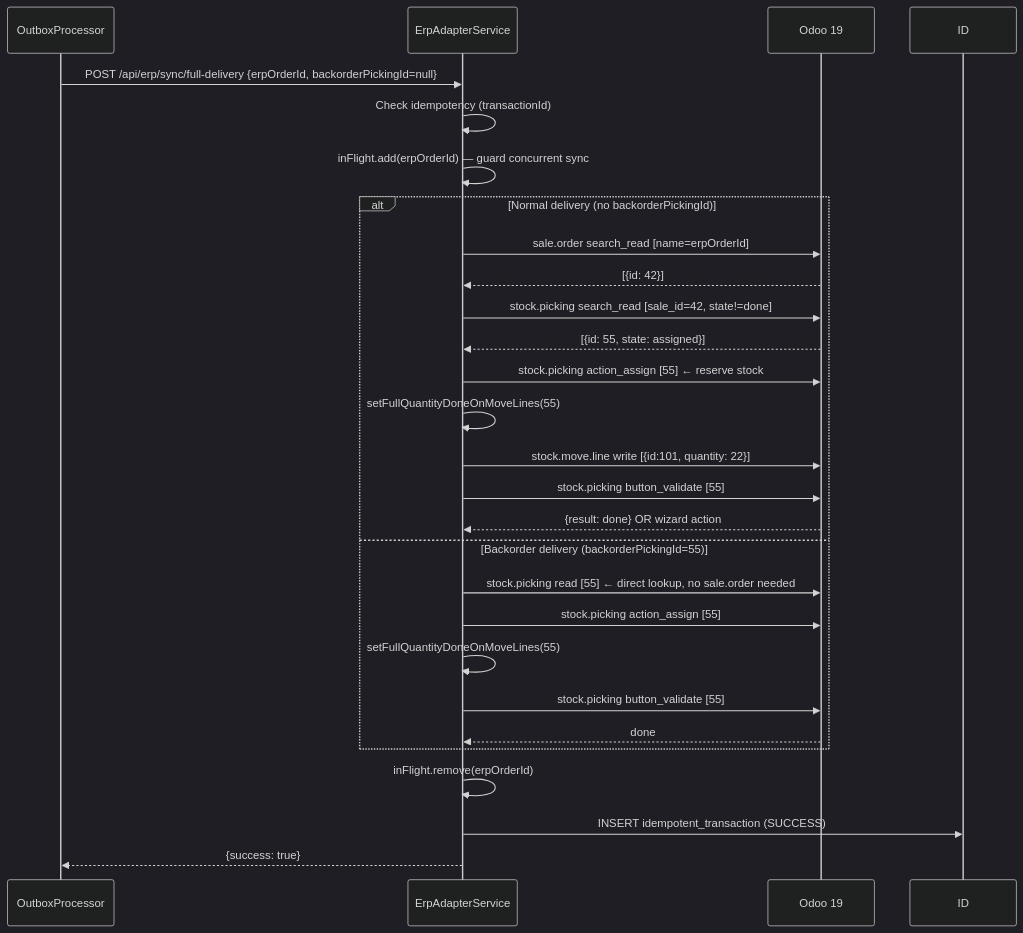
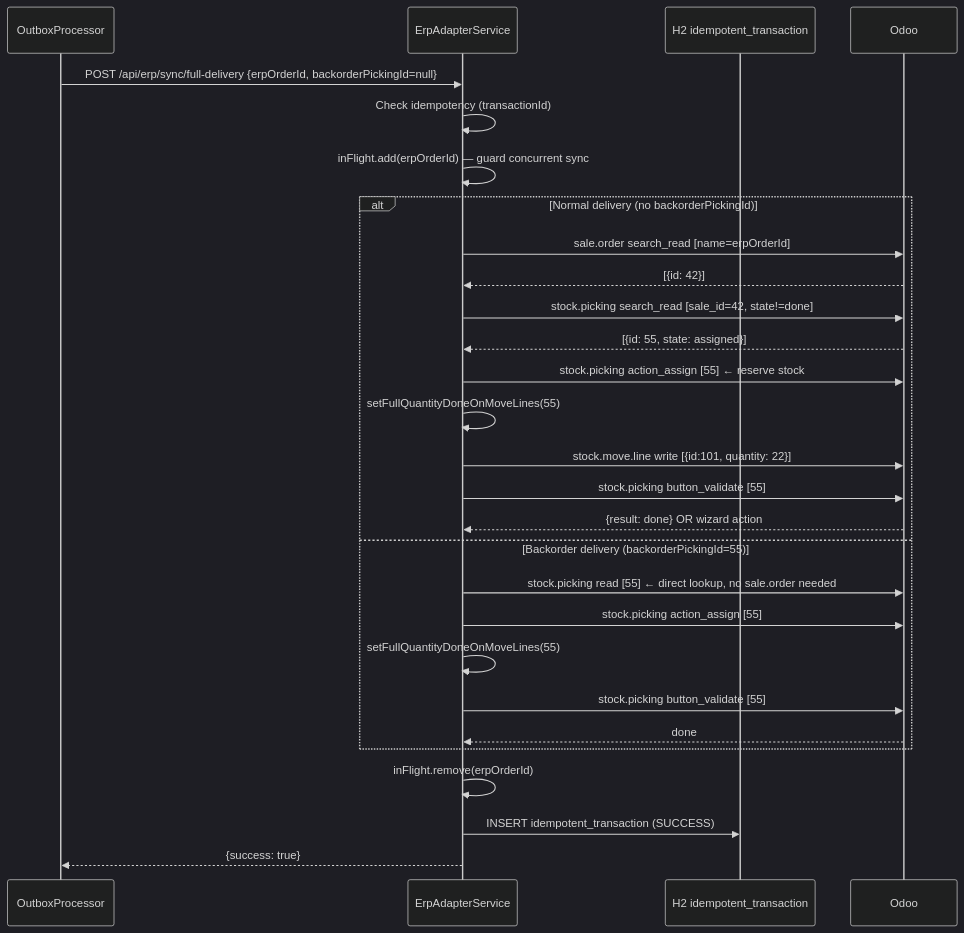
Before and after one commit to Moaziz667/asm-track: the second of 4 diagrams in docs/05-distributed-patterns.md, drawn with Mermaid (dark theme). The commit also changed other lines of this file and 27 other files, not shown here.

````diff
--- a/docs/05-distributed-patterns.md
+++ b/docs/05-distributed-patterns.md
@@ -145,32 +145,33 @@
 ```mermaid
 sequenceDiagram
-    participant OP as OutboxProcessor
-    participant EA as ErpAdapterService
-    participant OD as Odoo 19
+    participant OutboxProcessor
+    participant ErpAdapterService
+    participant H2 as H2 idempotent_transaction
+    participant Odoo
 
-    OP->>EA: POST /api/erp/sync/full-delivery {erpOrderId, backorderPickingId=null}
-    EA->>EA: Check idempotency (transactionId)
-    EA->>EA: inFlight.add(erpOrderId) — guard concurrent sync
+    OutboxProcessor->>ErpAdapterService: POST /api/erp/sync/full-delivery {erpOrderId, backorderPickingId=null}
+    ErpAdapterService->>ErpAdapterService: Check idempotency (transactionId)
+    ErpAdapterService->>ErpAdapterService: inFlight.add(erpOrderId) — guard concurrent sync
 
     alt Normal delivery (no backorderPickingId)
-        EA->>OD: sale.order search_read [name=erpOrderId]
-        OD-->>EA: [{id: 42}]
-        EA->>OD: stock.picking search_read [sale_id=42, state!=done]
-        OD-->>EA: [{id: 55, state: assigned}]
-        EA->>OD: stock.picking action_assign [55]  ← reserve stock
-        EA->>EA: setFullQuantityDoneOnMoveLines(55)
-        EA->>OD: stock.move.line write [{id:101, quantity: 22}]
-        EA->>OD: stock.picking button_validate [55]
-        OD-->>EA: {result: done} OR wizard action
+        ErpAdapterService->>Odoo: sale.order search_read [name=erpOrderId]
+        Odoo-->>ErpAdapterService: [{id: 42}]
+        ErpAdapterService->>Odoo: stock.picking search_read [sale_id=42, state!=done]
+        Odoo-->>ErpAdapterService: [{id: 55, state: assigned}]
+        ErpAdapterService->>Odoo: stock.picking action_assign [55]  ← reserve stock
+        ErpAdapterService->>ErpAdapterService: setFullQuantityDoneOnMoveLines(55)
+        ErpAdapterService->>Odoo: stock.move.line write [{id:101, quantity: 22}]
+        ErpAdapterService->>Odoo: stock.picking button_validate [55]
+        Odoo-->>ErpAdapterService: {result: done} OR wizard action
     else Backorder delivery (backorderPickingId=55)
-        EA->>OD: stock.picking read [55]  ← direct lookup, no sale.order needed
-        EA->>OD: stock.picking action_assign [55]
-        EA->>EA: setFullQuantityDoneOnMoveLines(55)
-        EA->>OD: stock.picking button_validate [55]
-        OD-->>EA: done
+        ErpAdapterService->>Odoo: stock.picking read [55]  ← direct lookup, no sale.order needed
+        ErpAdapterService->>Odoo: stock.picking action_assign [55]
+        ErpAdapterService->>ErpAdapterService: setFullQuantityDoneOnMoveLines(55)
+        ErpAdapterService->>Odoo: stock.picking button_validate [55]
+        Odoo-->>ErpAdapterService: done
     end
 
-    EA->>EA: inFlight.remove(erpOrderId)
-    EA->>ID: INSERT idempotent_transaction (SUCCESS)
-    EA-->>OP: {success: true}
+    ErpAdapterService->>ErpAdapterService: inFlight.remove(erpOrderId)
+    ErpAdapterService->>H2: INSERT idempotent_transaction (SUCCESS)
+    ErpAdapterService-->>OutboxProcessor: {success: true}
 ```
````
